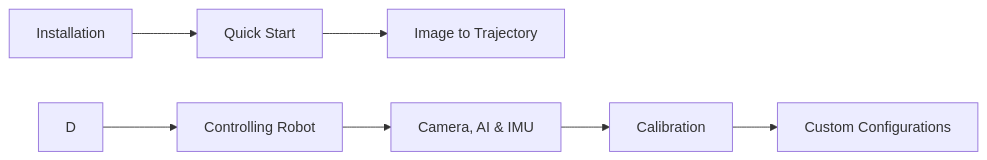
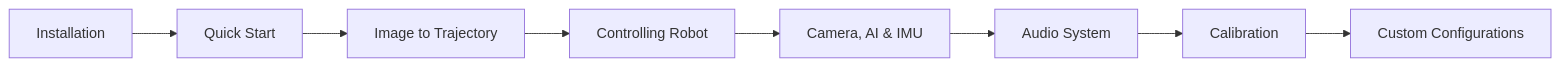
Before and after one commit to mamrehn/pib3: the diagram in docs/tutorials/index.md, drawn with Mermaid. The commit also changed other lines of this file and 5 other files, not shown here.

Commit message:
doc: Enhance documentation with complete audio system examples and API references

````diff
--- a/docs/tutorials/index.md
+++ b/docs/tutorials/index.md
@@ -55,10 +57,10 @@
 ```mermaid
 graph LR
     A[Installation] --> B[Quick Start]
     B --> C[Image to Trajectory]
-
-    D --> E[Controlling Robot]
-    E --> F[Camera, AI & IMU]
+    C --> D[Controlling Robot]
+    D --> E[Camera, AI & IMU]
+    E --> F[Audio System]
     F --> G[Calibration]
     G --> H[Custom Configurations]
 ```
````
